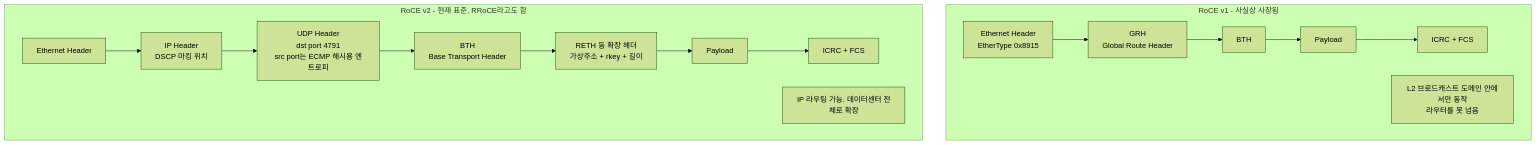
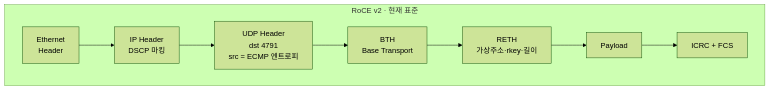
Before and after one commit to kimduksoo/duksoo-tech-blog: diagram 13 of 30 in content/network/rdma-roce-deep-dive.md, drawn with Mermaid (forest theme). The commit also changed other lines of this file, not shown here.

First line of the commit message:
fix: RDMA 글 3장·3.1절 다이어그램 세로 배치로 분리

````diff
--- a/content/network/rdma-roce-deep-dive.md
+++ b/content/network/rdma-roce-deep-dive.md
@@ -291,12 +308,7 @@
 ```mermaid
-flowchart TB
-    subgraph V1["RoCE v1 - 사실상 사장됨"]
-        A["Ethernet Header<br/>EtherType 0x8915"] --> B["GRH<br/>Global Route Header"] --> C["BTH"] --> D["Payload"] --> E["ICRC + FCS"]
-        F["L2 브로드캐스트 도메인 안에서만 동작<br/>라우터를 못 넘음"]
-    end
-
-    subgraph V2["RoCE v2 - 현재 표준, RRoCE라고도 함"]
-        G["Ethernet Header"] --> H["IP Header<br/>DSCP 마킹 위치"] --> I["UDP Header<br/>dst port 4791<br/>src port는 ECMP 해시용 엔트로피"] --> J["BTH<br/>Base Transport Header"] --> K["RETH 등 확장 헤더<br/>가상주소 + rkey + 길이"] --> L["Payload"] --> M["ICRC + FCS"]
-        N["IP 라우팅 가능. 데이터센터 전체로 확장"]
+flowchart LR
+    subgraph V2["RoCE v2 · 현재 표준"]
+        direction LR
+        G["Ethernet<br/>Header"] --> H["IP Header<br/>DSCP 마킹"] --> I["UDP Header<br/>dst 4791<br/>src = ECMP 엔트로피"] --> J["BTH<br/>Base Transport"] --> K["RETH<br/>가상주소·rkey·길이"] --> L["Payload"] --> M["ICRC + FCS"]
     end
 ```
````
